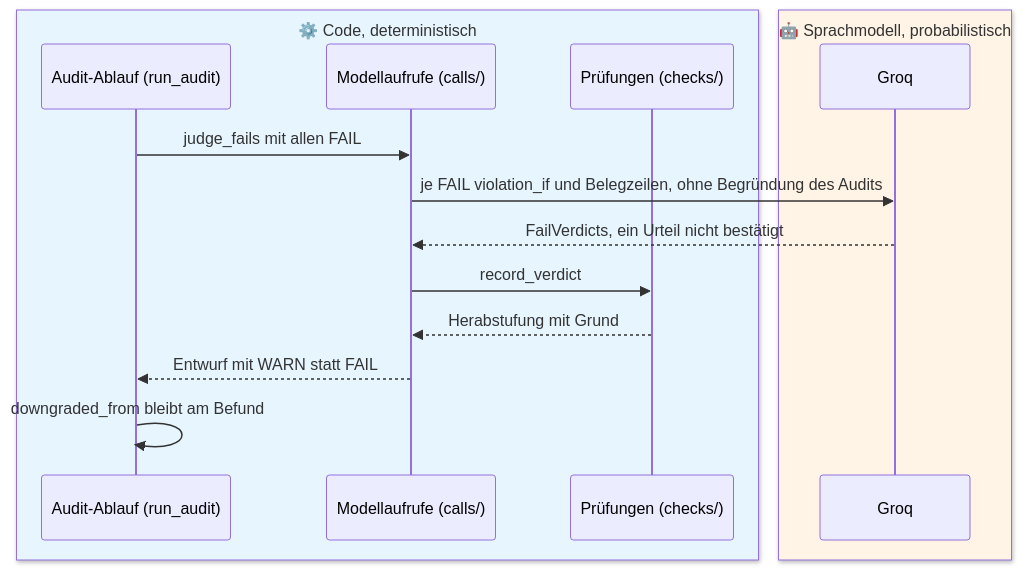
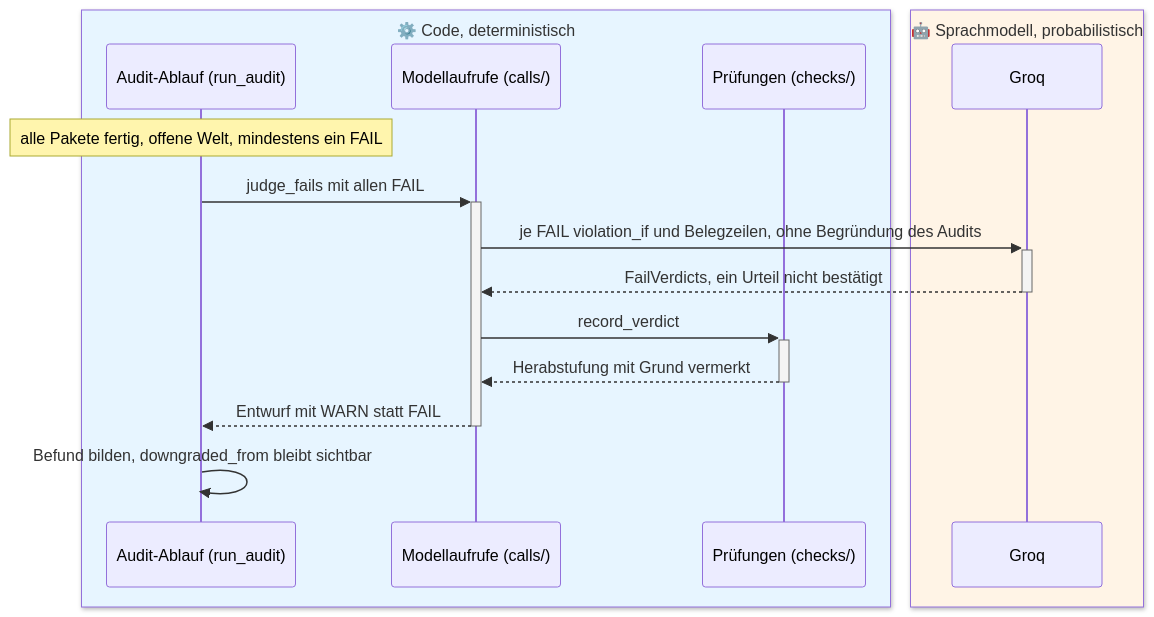
One commit to Daniel74/GovGuard changed diagram 21 of 25 in docs/ARCHITECTURE.md. Above: the diagram before and after it, drawn with Mermaid. The commit also changed other lines of this file and 8 other files, not shown here.

Commit message:
#73 Architecture - second version

````diff
--- a/docs/ARCHITECTURE.md
+++ b/docs/ARCHITECTURE.md
@@ -1497,18 +2040,19 @@
 ```mermaid
 sequenceDiagram
   box rgb(231,245,255) ⚙️ Code, deterministisch
     participant AE as Audit-Ablauf (run_audit)
     participant MC as Modellaufrufe (calls/)
     participant CH as Prüfungen (checks/)
   end
   box rgb(255,244,230) 🤖 Sprachmodell, probabilistisch
     participant M as Groq
   end
-  AE->>MC: judge_fails mit allen FAIL
-  MC->>M: je FAIL violation_if und Belegzeilen, ohne Begründung des Audits
-  M-->>MC: FailVerdicts, ein Urteil nicht bestätigt
-  MC->>CH: record_verdict
-  CH-->>MC: Herabstufung mit Grund
-  MC-->>AE: Entwurf mit WARN statt FAIL
-  AE->>AE: downgraded_from bleibt am Befund
+  Note over AE: alle Pakete fertig, offene Welt, mindestens ein FAIL
+  AE->>+MC: judge_fails mit allen FAIL
+  MC->>+M: je FAIL violation_if und Belegzeilen, ohne Begründung des Audits
+  M-->>-MC: FailVerdicts, ein Urteil nicht bestätigt
+  MC->>+CH: record_verdict
+  CH-->>-MC: Herabstufung mit Grund vermerkt
+  MC-->>-AE: Entwurf mit WARN statt FAIL
+  AE->>AE: Befund bilden, downgraded_from bleibt sichtbar
 ```
````
